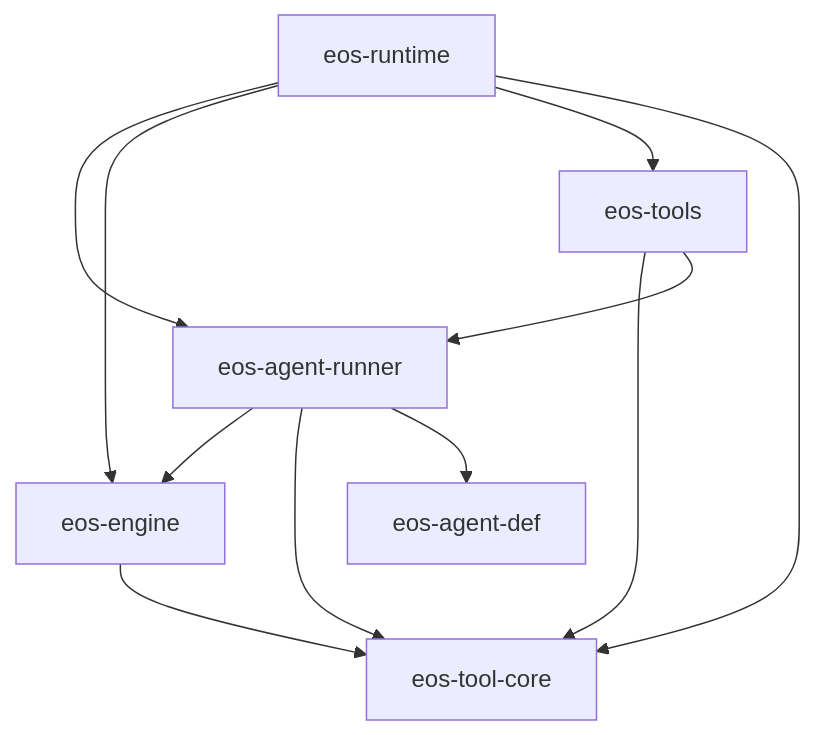
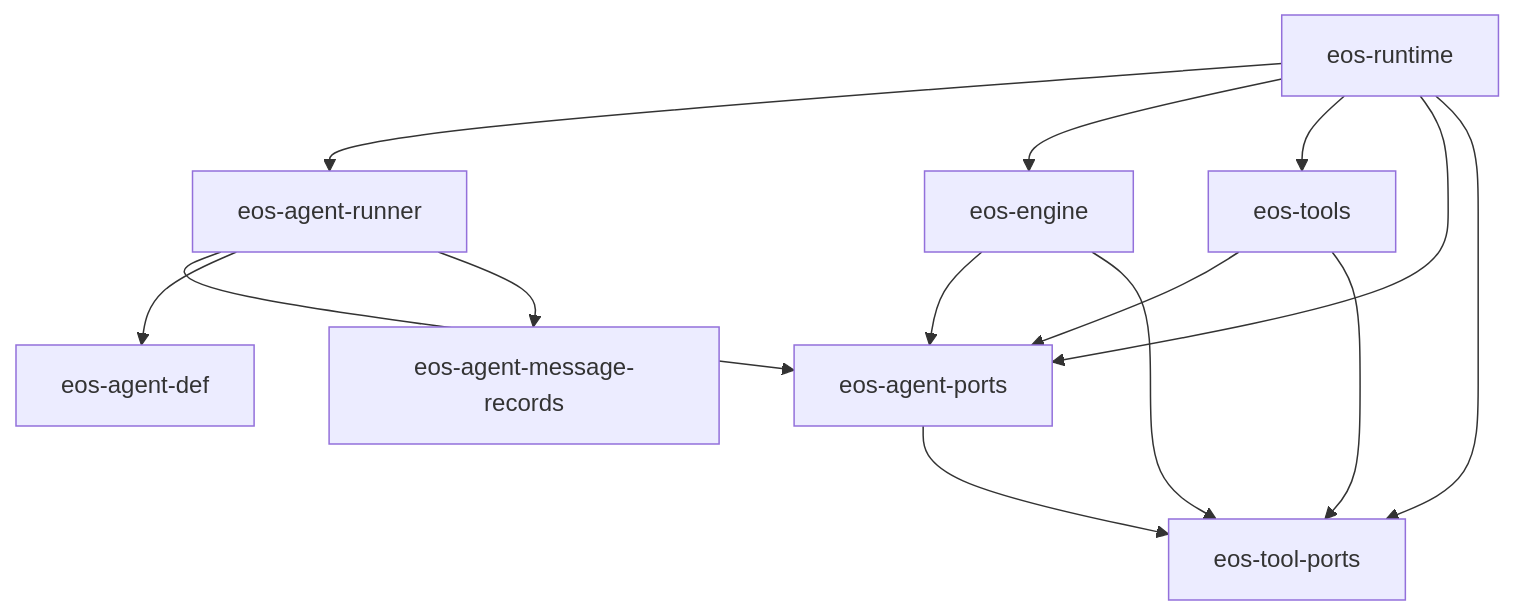
Before and after one commit to Ephemeral-AI-Lab/ephemeral-os: the first of 3 diagrams in docs/plans/agent_runner_loop_engine_srp_event_migration_SPEC.md, drawn with Mermaid. The commit also changed other lines of this file and 125 other files, not shown here.

````diff
--- a/docs/plans/agent_runner_loop_engine_srp_event_migration_SPEC.md
+++ b/docs/plans/agent_runner_loop_engine_srp_event_migration_SPEC.md
@@ -206,20 +242,25 @@
 ```mermaid
 flowchart TD
-    tool_core["eos-tool-core"]
+    tool_ports["eos-tool-ports"]
+    agent_ports["eos-agent-ports"]
     engine["eos-engine"]
     tools["eos-tools"]
     runner["eos-agent-runner"]
     runtime["eos-runtime"]
     agent_def["eos-agent-def"]
+    message_records["eos-agent-message-records"]
 
-    engine --> tool_core
-    tools --> tool_core
-    tools --> runner
-    runner --> engine
-    runner --> tool_core
+    agent_ports --> tool_ports
+    engine --> agent_ports
+    engine --> tool_ports
+    tools --> agent_ports
+    tools --> tool_ports
+    runner --> agent_ports
     runner --> agent_def
+    runner --> message_records
     runtime --> runner
     runtime --> engine
     runtime --> tools
-    runtime --> tool_core
+    runtime --> agent_ports
+    runtime --> tool_ports
 ```
````
